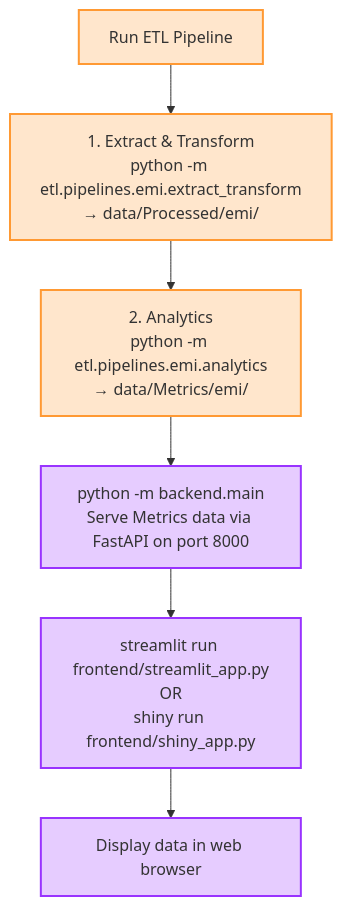
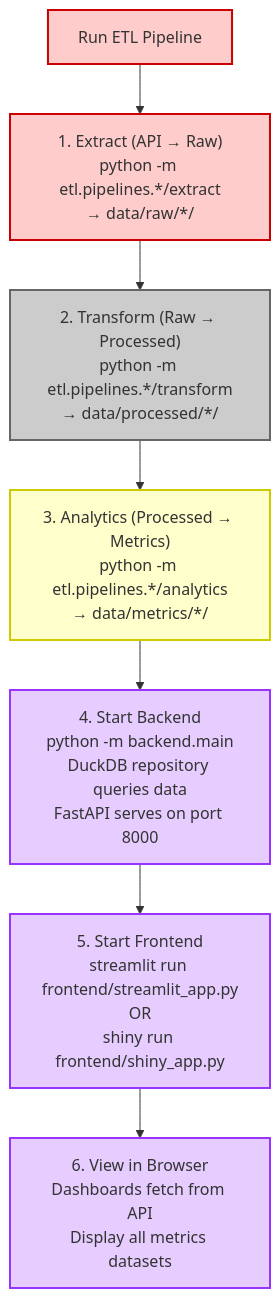
The third of 4 diagrams in ARCHITECTURE.md (good-data-institute/rewiring-aotearoa-electrification-progress-tracker), drawn with Mermaid before and after one commit. The commit also changed other lines of this file and 22 other files, not shown here.

````diff
--- a/ARCHITECTURE.md
+++ b/ARCHITECTURE.md
@@ -108,22 +129,33 @@
 ```mermaid
 flowchart TB
     Start["Run ETL Pipeline"]
-    Extract["1. Extract & Transform<br/>python -m etl.pipelines.emi.extract_transform<br/>→ data/Processed/emi/"]
-    Analytics["2. Analytics<br/>python -m etl.pipelines.emi.analytics<br/>→ data/Metrics/emi/"]
 
-    Backend["python -m backend.main<br/>Serve Metrics data via FastAPI on port 8000"]
+    Extract["1. Extract (API → Raw)<br/>python -m etl.pipelines.*/extract<br/>→ data/raw/*/"]
 
-    Frontend["streamlit run frontend/streamlit_app.py<br/>OR<br/>shiny run frontend/shiny_app.py"]
-    Display["Display data in web browser"]
+    Transform["2. Transform (Raw → Processed)<br/>python -m etl.pipelines.*/transform<br/>→ data/processed/*/"]
+
+    Analytics["3. Analytics (Processed → Metrics)<br/>python -m etl.pipelines.*/analytics<br/>→ data/metrics/*/"]
+
+    Backend["4. Start Backend<br/>python -m backend.main<br/>DuckDB repository queries data<br/>FastAPI serves on port 8000"]
+
+    Frontend["5. Start Frontend<br/>streamlit run frontend/streamlit_app.py<br/>OR<br/>shiny run frontend/shiny_app.py"]
+
+    Display["6. View in Browser<br/>Dashboards fetch from API<br/>Display all metrics datasets"]
 
     Start --> Extract
-    Extract --> Analytics
+    Extract --> Transform
+    Transform --> Analytics
     Analytics --> Backend
     Backend --> Frontend
     Frontend --> Display
 
-    classDef pipelineStyle fill:#ffe6cc,stroke:#ff9933,stroke-width:2px
+    classDef rawStyle fill:#ffcccc,stroke:#cc0000,stroke-width:2px
+    classDef processedStyle fill:#cccccc,stroke:#666666,stroke-width:2px
+    classDef metricsStyle fill:#ffffcc,stroke:#cccc00,stroke-width:2px
     classDef serverStyle fill:#e6ccff,stroke:#9933ff,stroke-width:2px
-    class Start,Extract,Analytics pipelineStyle
+
+    class Start,Extract rawStyle
+    class Transform processedStyle
+    class Analytics metricsStyle
     class Backend,Frontend,Display serverStyle
 ```
````
